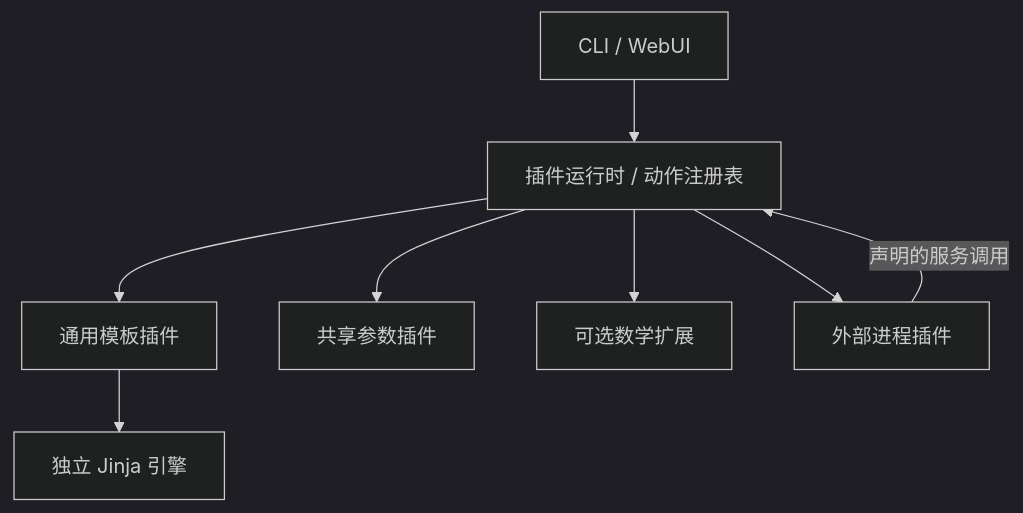
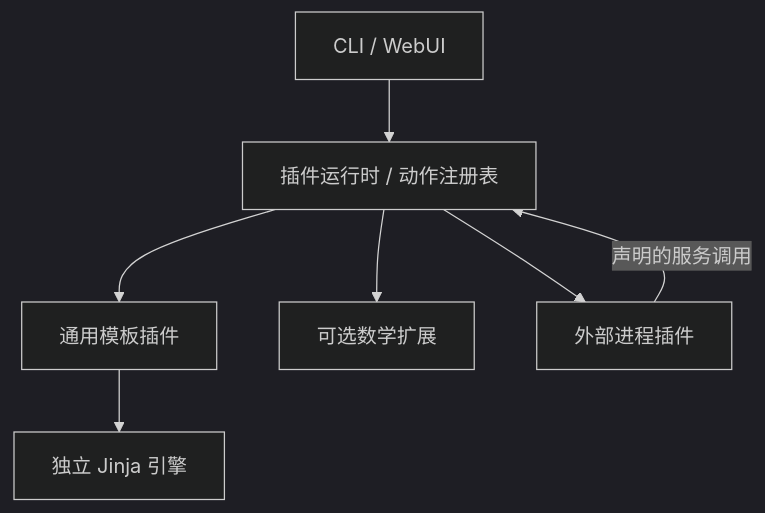
One commit to lzg9698-code/nctool-tpl changed the diagram in docs/ARCHITECTURE.md. Above: the diagram before and after it, drawn with Mermaid (dark theme). The commit also changed other lines of this file and 99 other files, not shown here.

````diff
--- a/docs/ARCHITECTURE.md
+++ b/docs/ARCHITECTURE.md
@@ -7,10 +7,9 @@
 ```mermaid
 flowchart TB
     Surfaces[CLI / WebUI] --> Runtime[插件运行时 / 动作注册表]
     Runtime --> Template[通用模板插件]
     Template --> Engine[独立 Jinja 引擎]
-    Runtime --> Parameters[共享参数插件]
     Runtime --> Math[可选数学扩展]
     Runtime --> External[外部进程插件]
     External -->|声明的服务调用| Runtime
 ```
````
